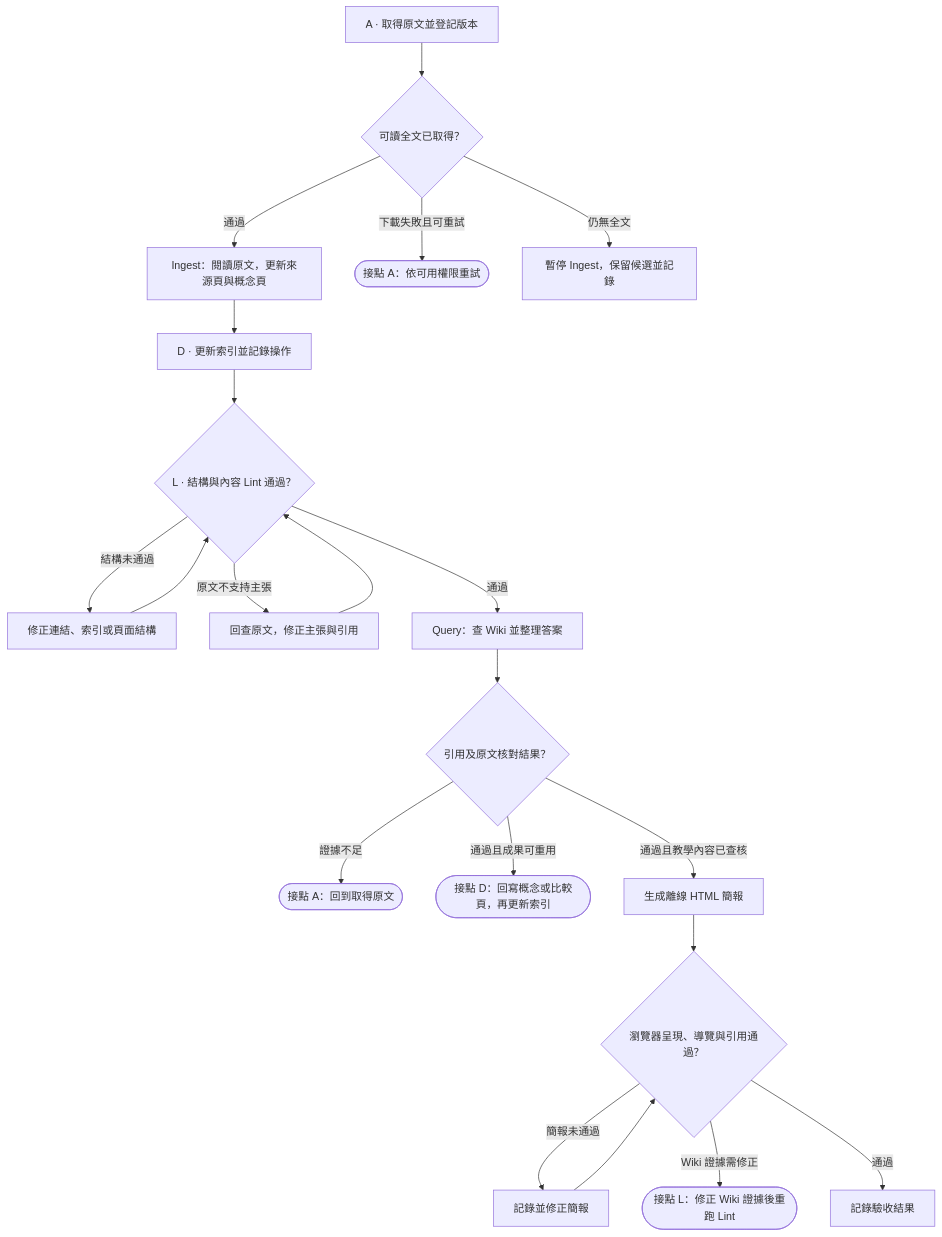
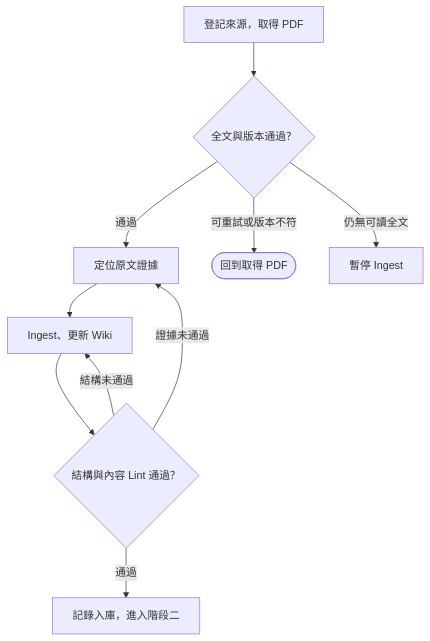
The first of 3 diagrams in docs/workflow.md (weird19/rag-llm-wiki), drawn with Mermaid before and after one commit. The commit also changed other lines of this file and 2 other files, not shown here.

Commit message:
Refine workflow diagrams and submission documentation

````diff
--- a/docs/workflow.md
+++ b/docs/workflow.md
@@ -9,27 +7,12 @@
 ```mermaid
 flowchart TD
-    %% 來源取得與知識整理
-    A["A · 取得原文並登記版本"] --> B{"可讀全文已取得？"}
-    B -->|通過| C["Ingest：閱讀原文，更新來源頁與概念頁"]
-    B -->|下載失敗且可重試| BR(["接點 A：依可用權限重試"])
-    B -->|仍無全文| BX["暫停 Ingest，保留候選並記錄"]
-    C --> D["D · 更新索引並記錄操作"]
-    %% Wiki 查核與 Query
-    L{"L · 結構與內容 Lint 通過？"}
-    L -->|結構未通過| LS["修正連結、索引或頁面結構"]
-    LS --> L
-    L -->|原文不支持主張| LE["回查原文，修正主張與引用"]
-    LE --> L
-    L -->|通過| Q["Query：查 Wiki 並整理答案"]
-    Q --> V{"引用及原文核對結果？"}
-    V -->|證據不足| VA(["接點 A：回到取得原文"])
-    V -->|通過且成果可重用| W(["接點 D：回寫概念或比較頁，再更新索引"])
-    %% 簡報製作與驗證
-    S["生成離線 HTML 簡報"] --> T{"瀏覽器呈現、導覽與引用通過？"}
-    T -->|簡報未通過| TR["記錄並修正簡報"]
-    TR --> T
-    T -->|Wiki 證據需修正| TW(["接點 L：修正 Wiki 證據後重跑 Lint"])
-    T -->|通過| Z["記錄驗收結果"]
-    D --> L
-    V -->|通過且教學內容已查核| S
+    A["登記來源，取得 PDF"] --> B{"全文與版本通過？"}
+    B -->|通過| C["定位原文證據"]
+    B -->|可重試或版本不符| R(["回到取得 PDF"])
+    B -->|仍無可讀全文| X["暫停 Ingest"]
+    C --> D["Ingest、更新 Wiki"]
+    D --> L{"結構與內容 Lint 通過？"}
+    L -->|結構未通過| D
+    L -->|證據未通過| C
+    L -->|通過| Q["記錄入庫，進入階段二"]
 ```
````
